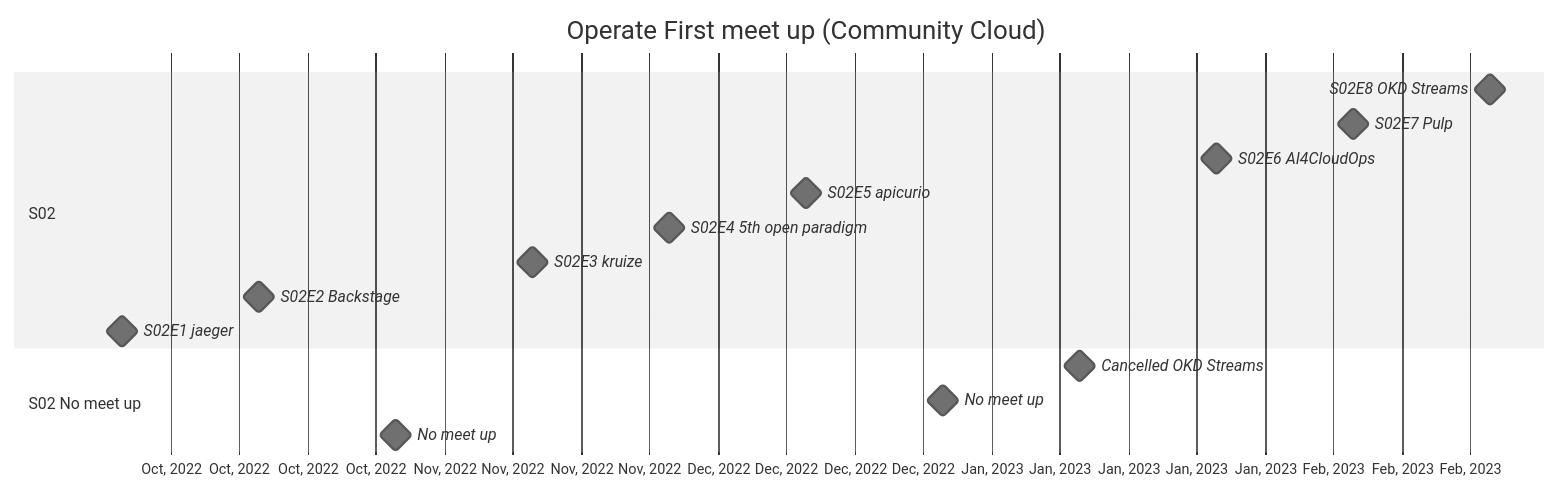
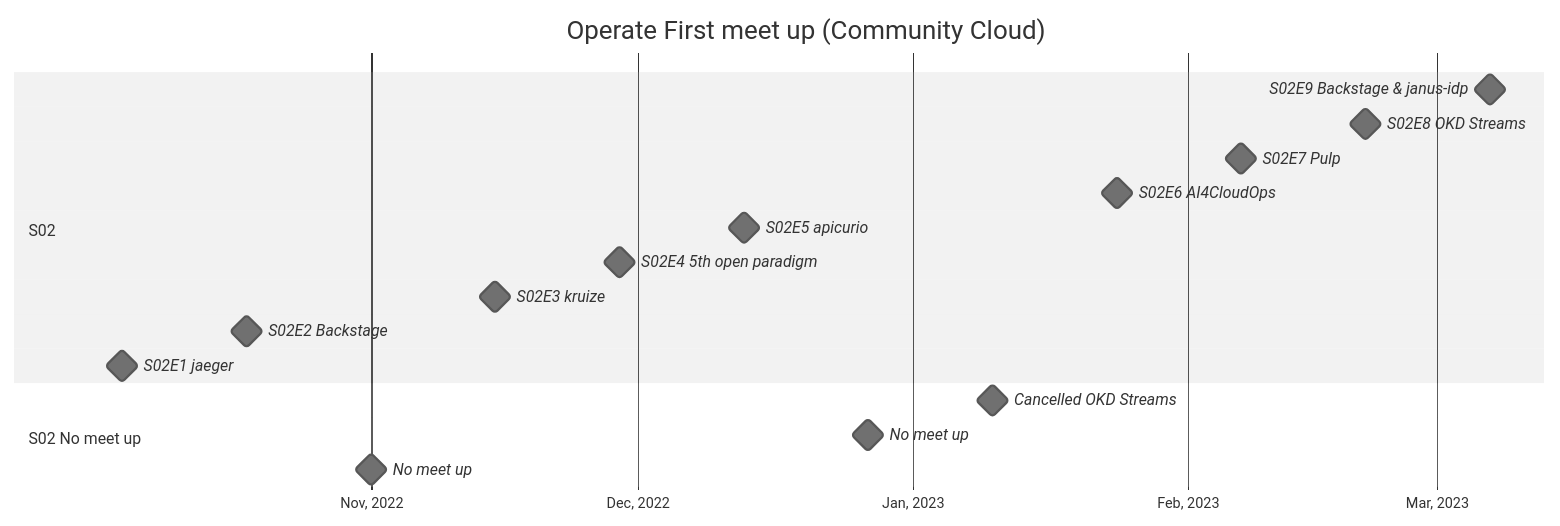
Before and after one commit to operate-first/communitycloud-meetup: the first of 2 diagrams in README.md, drawn with Mermaid (neutral theme). The commit also changed other lines of this file, not shown here.

````diff
--- a/README.md
+++ b/README.md
@@ -15,22 +15,23 @@
 ```mermaid
 gantt
     title Operate First meet up (Community Cloud)
     dateFormat YYYY-MM-DD
     axisFormat %b, %Y
     todayMarker on
     
     section S02
-    S02E8 OKD Streams       :milestone, S02E07, 2023-02-21, 1h
+    S02E9 Backstage & janus-idp :milestone, S02E09, 2023-03-07, 1h    
+    S02E8 OKD Streams       :milestone, S02E08, 2023-02-21, 1h
     S02E7 Pulp              :milestone, S02E07, 2023-02-07, 1h
     S02E6 AI4CloudOps       :milestone, S02E06, 2023-01-24, 1h
     S02E5 apicurio          :milestone, S02E05, 2022-12-13, 1h
     S02E4 5th open paradigm :milestone, S02E04, 2022-11-29, 1h
     S02E3 kruize            :milestone, S02E03, 2022-11-15, 1h
     S02E2 Backstage         :milestone, S02E02, 2022-10-18, 1h
     S02E1 jaeger            :milestone, S02E01, 2022-10-04, 1h
     
     section S02 No meet up
     Cancelled OKD Streams   :milestone, S02N03, 2023-01-10, 1h
     No meet up              :milestone, S02N02, 2022-12-27, 1h
     No meet up              :milestone, S02N01, 2022-11-01, 1h
 ```
````
